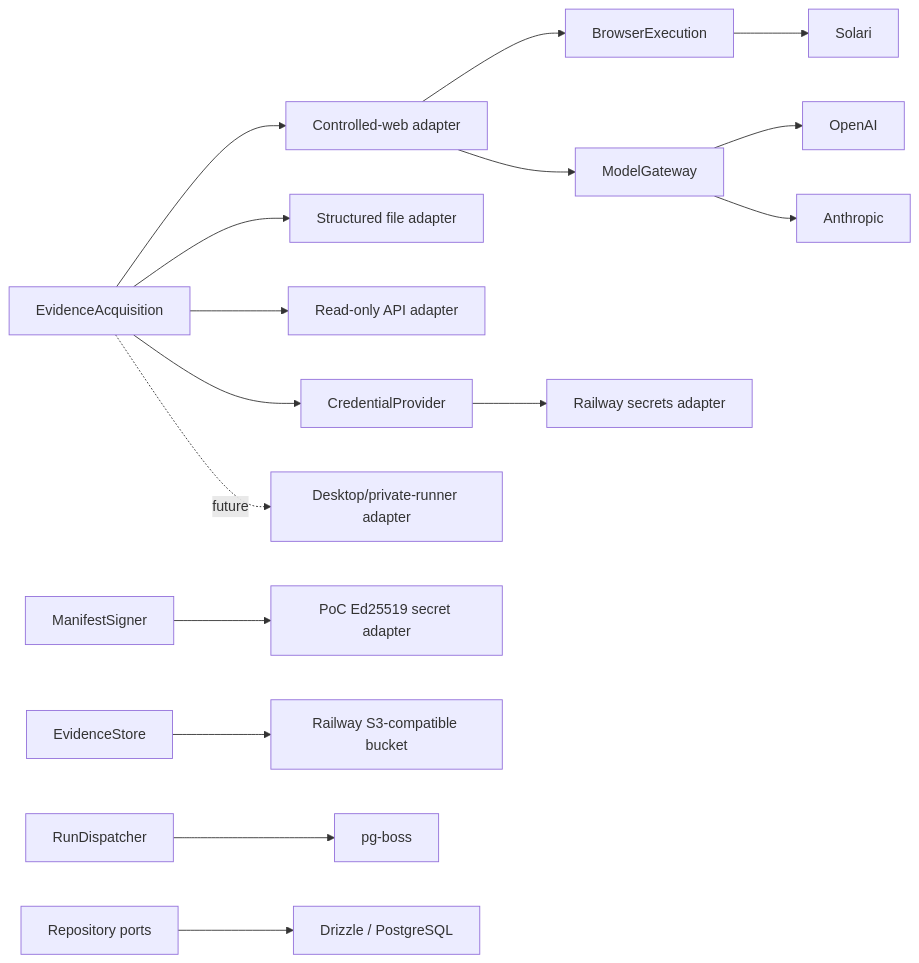
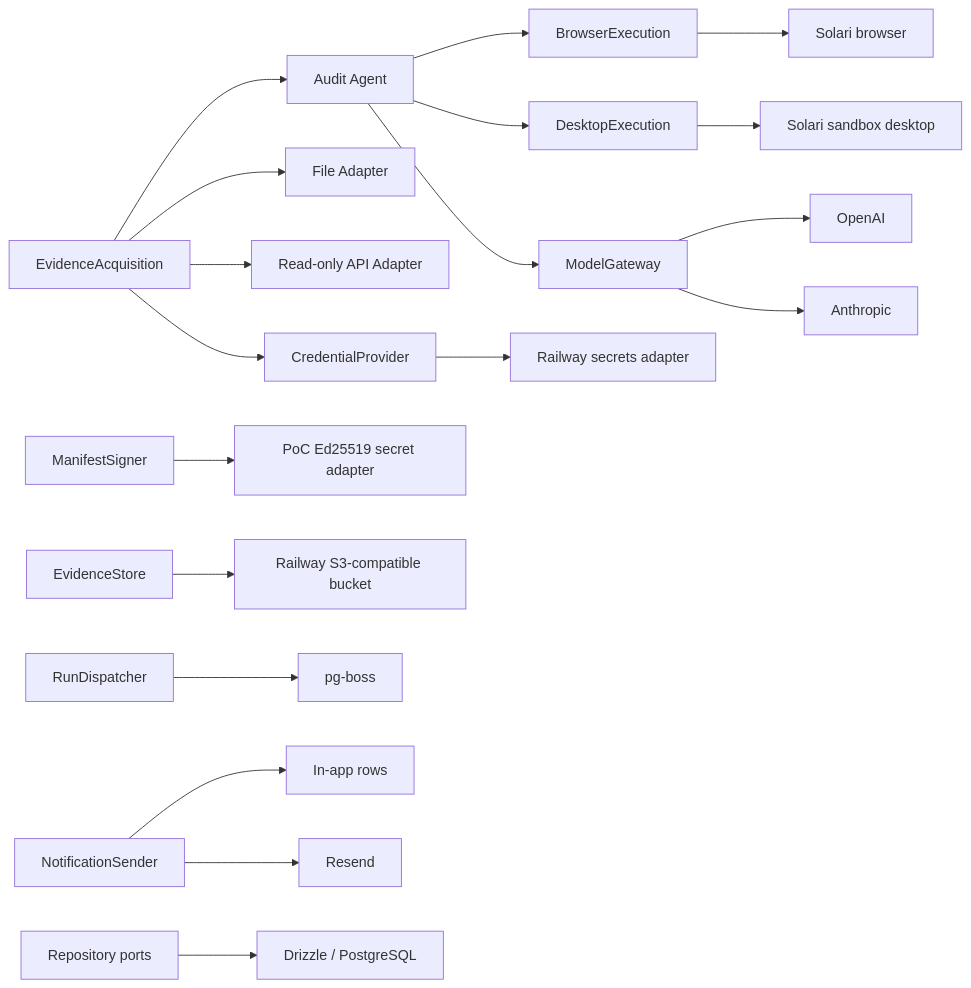
Before and after one commit to raeltec-systems/intellifin-audit: the third of 4 diagrams in _bmad-output/planning-artifacts/architecture/architecture-IntelliFin Audit-2026-09-01/ARCHITECTURE-SPINE.md, drawn with Mermaid. The commit also changed other lines of this file and 1 other file, not shown here.

First line of the commit message:
Re-distill architecture spine to revision 2 against PRD rev 2 and UX spines

````diff
--- a/_bmad-output/planning-artifacts/architecture/architecture-IntelliFin Audit-2026-09-01/ARCHITECTURE-SPINE.md
+++ b/_bmad-output/planning-artifacts/architecture/architecture-IntelliFin Audit-2026-09-01/ARCHITECTURE-SPINE.md
@@ -214,25 +261,29 @@
 ```mermaid
 flowchart LR
   acquisition[EvidenceAcquisition]
   browser[BrowserExecution]
+  desktop[DesktopExecution]
   model[ModelGateway]
   store[EvidenceStore]
   credentials[CredentialProvider]
   signer[ManifestSigner]
   dispatcher[RunDispatcher]
+  notify[NotificationSender]
   repos[Repository ports]
 
-  acquisition --> file[Structured file adapter]
-  acquisition --> api[Read-only API adapter]
-  acquisition --> controlled[Controlled-web adapter]
-  acquisition -. future .-> desktop[Desktop/private-runner adapter]
-  controlled --> browser --> solari[Solari]
-  controlled --> model
+  acquisition --> file[File Adapter]
+  acquisition --> api[Read-only API Adapter]
+  acquisition --> agent[Audit Agent]
+  agent --> browser --> solaribrowser[Solari browser]
+  agent --> desktop --> solarisandbox[Solari sandbox desktop]
+  agent --> model
   acquisition --> credentials --> secrets[Railway secrets adapter]
   model --> openai[OpenAI]
   model --> anthropic[Anthropic]
   signer --> pocsigner[PoC Ed25519 secret adapter]
   store --> bucket[Railway S3-compatible bucket]
   dispatcher --> pgboss[pg-boss]
+  notify --> inapp[In-app rows]
+  notify --> resend[Resend]
   repos --> drizzle[Drizzle / PostgreSQL]
 ```
````
